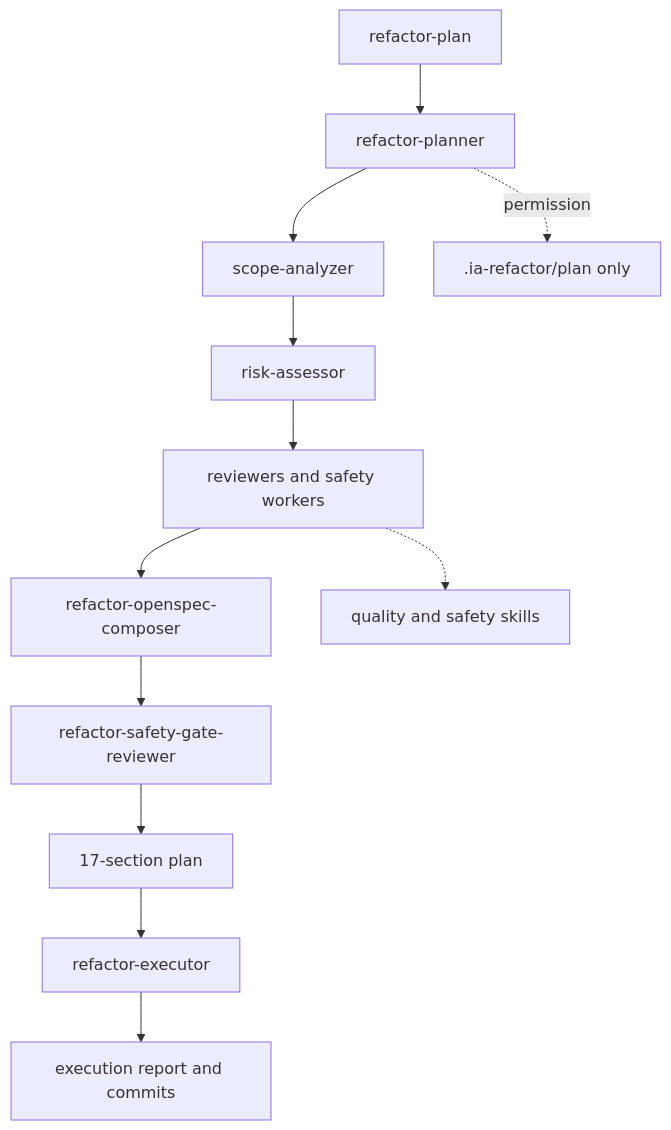
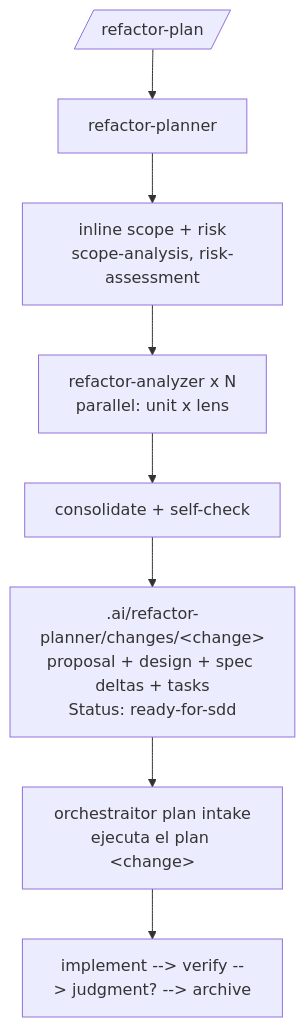
Before and after one commit to andresnator/agents-orchestrator: the diagram in domains/refactor/README.md, drawn with Mermaid. The commit also changed other lines of this file and 40 other files, not shown here.

First line of the commit message:
Refactor: Remove obsolete agents and skills; update refactor plan generation

````diff
--- a/domains/refactor/README.md
+++ b/domains/refactor/README.md
@@ -9,14 +13,10 @@
 ```mermaid
 graph TD
-  command[refactor-plan] --> planner[refactor-planner]
-  planner --> scope[scope-analyzer]
-  scope --> risk[risk-assessor]
-  risk --> reviewers[reviewers and safety workers]
-  reviewers --> composer[refactor-openspec-composer]
-  composer --> safety[refactor-safety-gate-reviewer]
-  safety --> plan[17-section plan]
-  plan --> executor[refactor-executor]
-  executor --> report[execution report and commits]
-  planner -. permission .-> boundary[.ia-refactor/plan only]
-  reviewers -.-> skills[quality and safety skills]
+  command[/refactor-plan/] --> planner[refactor-planner]
+  planner --> scope[inline scope + risk<br/>scope-analysis, risk-assessment]
+  scope --> fanout[refactor-analyzer x N<br/>parallel: unit x lens]
+  fanout --> consolidate[consolidate + self-check]
+  consolidate --> bundle[".ai/refactor-planner/changes/&lt;change&gt;<br/>proposal + design + spec deltas + tasks<br/>Status: ready-for-sdd"]
+  bundle --> adopt[orchestraitor plan intake<br/>ejecuta el plan &lt;change&gt;]
+  adopt --> sdd[implement --> verify --> judgment? --> archive]
 ```
````
